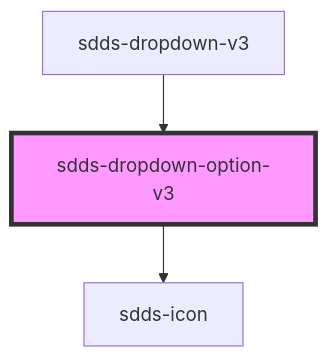
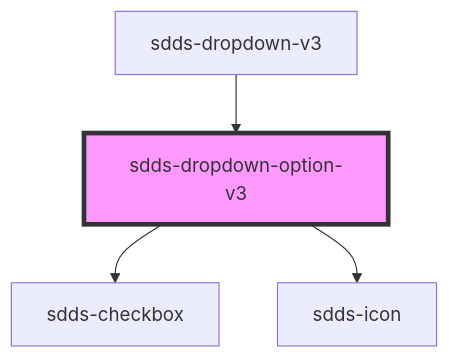
The diagram in tegel/src/components/dropdown-v3/dropdown-option-v3/readme.md (scania-digital-design-system/sdds), drawn with Mermaid before and after one commit. The commit also changed other lines of this file and 3 other files, not shown here.

Commit message:
feat(dropdown-v3): added sdds-checkbox to multiselect option

````diff
--- a/tegel/src/components/dropdown-v3/dropdown-option-v3/readme.md
+++ b/tegel/src/components/dropdown-v3/dropdown-option-v3/readme.md
@@ -29,6 +30,7 @@
 ```mermaid
 graph TD;
+  sdds-dropdown-option-v3 --> sdds-checkbox
   sdds-dropdown-option-v3 --> sdds-icon
   sdds-dropdown-v3 --> sdds-dropdown-option-v3
   style sdds-dropdown-option-v3 fill:#f9f,stroke:#333,stroke-width:4px
 ```
````
